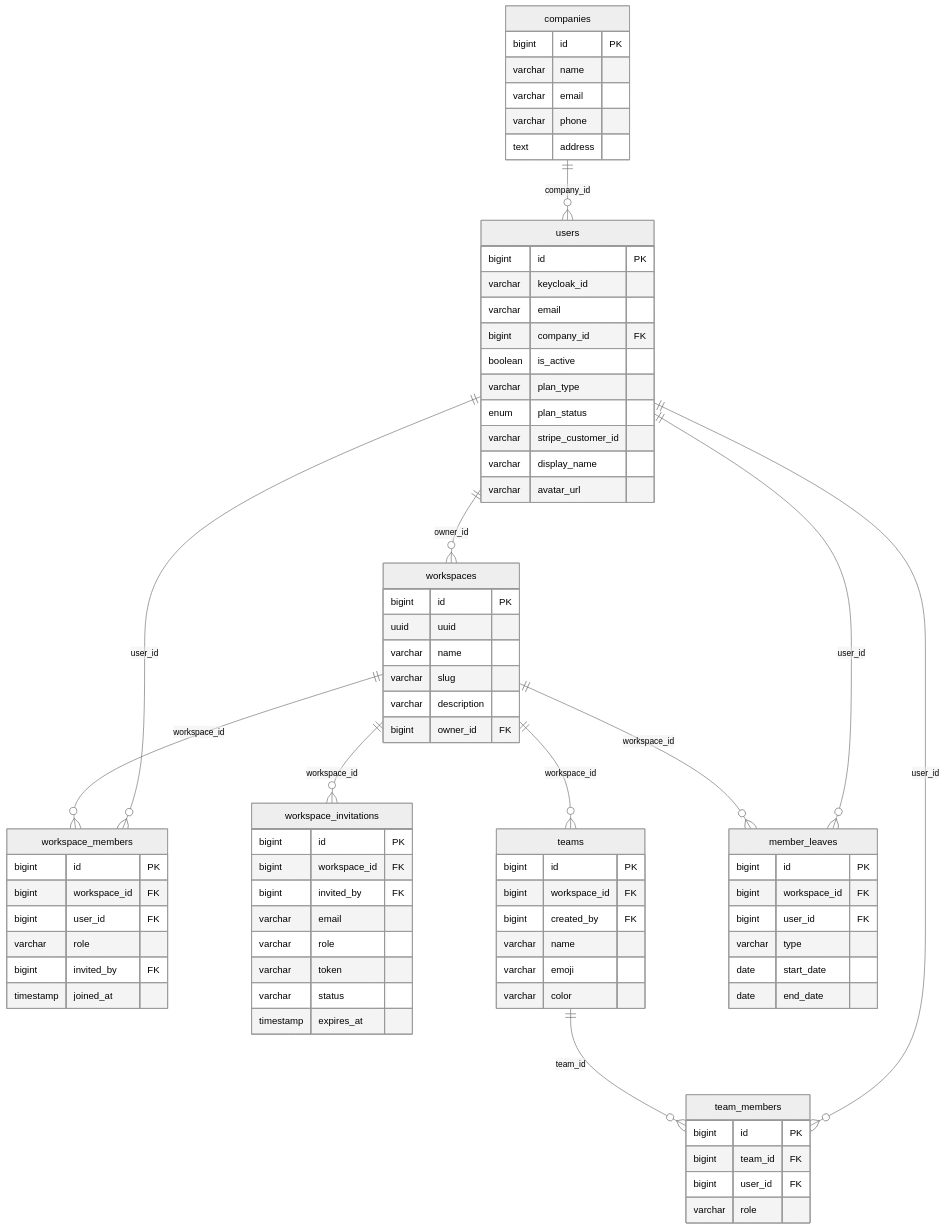
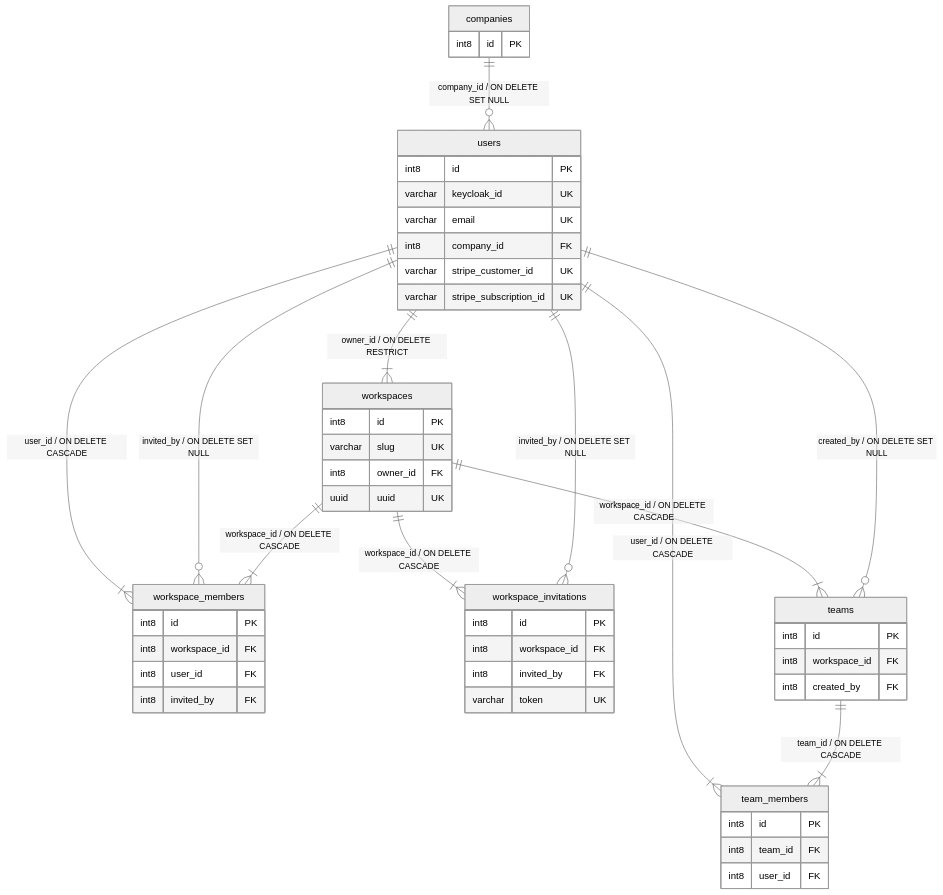
One commit to taskforce-project/taskforce-docs changed the second of 8 diagrams in v1/03-architecture/Modele_Donnees_MCD_MLD.md. Above: the diagram before and after it, drawn with Mermaid (neutral theme). The commit also changed other lines of this file, not shown here.

````diff
--- a/v1/03-architecture/Modele_Donnees_MCD_MLD.md
+++ b/v1/03-architecture/Modele_Donnees_MCD_MLD.md
@@ -84,80 +126,53 @@
 ```mermaid
 erDiagram
-  companies {
-    bigint id PK
-    varchar name
-    varchar email
-    varchar phone
-    text address
-  }
   users {
-    bigint id PK
-    varchar keycloak_id
-    varchar email
-    bigint company_id FK
-    boolean is_active
-    varchar plan_type
-    enum plan_status
-    varchar stripe_customer_id
-    varchar display_name
-    varchar avatar_url
+    int8 id PK
+    varchar keycloak_id UK
+    varchar email UK
+    int8 company_id FK
+    varchar stripe_customer_id UK
+    varchar stripe_subscription_id UK
   }
   workspaces {
-    bigint id PK
-    uuid uuid
-    varchar name
-    varchar slug
-    varchar description
-    bigint owner_id FK
+    int8 id PK
+    varchar slug UK
+    int8 owner_id FK
+    uuid uuid UK
   }
   workspace_members {
-    bigint id PK
-    bigint workspace_id FK
-    bigint user_id FK
-    varchar role
-    bigint invited_by FK
-    timestamp joined_at
+    int8 id PK
+    int8 workspace_id FK
+    int8 user_id FK
+    int8 invited_by FK
   }
   workspace_invitations {
-    bigint id PK
-    bigint workspace_id FK
-    bigint invited_by FK
-    varchar email
-    varchar role
-    varchar token
-    varchar status
-    timestamp expires_at
+    int8 id PK
+    int8 workspace_id FK
+    int8 invited_by FK
+    varchar token UK
   }
   teams {
-    bigint id PK
-    bigint workspace_id FK
-    bigint created_by FK
-    varchar name
-    varchar emoji
-    varchar color
+    int8 id PK
+    int8 workspace_id FK
+    int8 created_by FK
   }
   team_members {
-    bigint id PK
-    bigint team_id FK
-    bigint user_id FK
-    varchar role
+    int8 id PK
+    int8 team_id FK
+    int8 user_id FK
   }
-  member_leaves {
-    bigint id PK
-    bigint workspace_id FK
-    bigint user_id FK
-    varchar type
-    date start_date
-    date end_date
+  companies {
+    int8 id PK
   }
-  companies ||--o{ users : "company_id"
-  users ||--o{ workspaces : "owner_id"
-  workspaces ||--o{ workspace_members : "workspace_id"
-  users ||--o{ workspace_members : "user_id"
-  workspaces ||--o{ workspace_invitations : "workspace_id"
-  workspaces ||--o{ teams : "workspace_id"
-  teams ||--o{ team_members : "team_id"
-  users ||--o{ team_members : "user_id"
-  workspaces ||--o{ member_leaves : "workspace_id"
-  users ||--o{ member_leaves : "user_id"
+  companies ||--o{ users : "company_id / ON DELETE SET NULL"
+  users ||--|{ workspaces : "owner_id / ON DELETE RESTRICT"
+  workspaces ||--|{ workspace_members : "workspace_id / ON DELETE CASCADE"
+  users ||--o{ workspace_members : "invited_by / ON DELETE SET NULL"
+  users ||--|{ workspace_members : "user_id / ON DELETE CASCADE"
+  users ||--o{ workspace_invitations : "invited_by / ON DELETE SET NULL"
+  workspaces ||--|{ workspace_invitations : "workspace_id / ON DELETE CASCADE"
+  users ||--o{ teams : "created_by / ON DELETE SET NULL"
+  workspaces ||--|{ teams : "workspace_id / ON DELETE CASCADE"
+  teams ||--|{ team_members : "team_id / ON DELETE CASCADE"
+  users ||--|{ team_members : "user_id / ON DELETE CASCADE"
 ```
````
